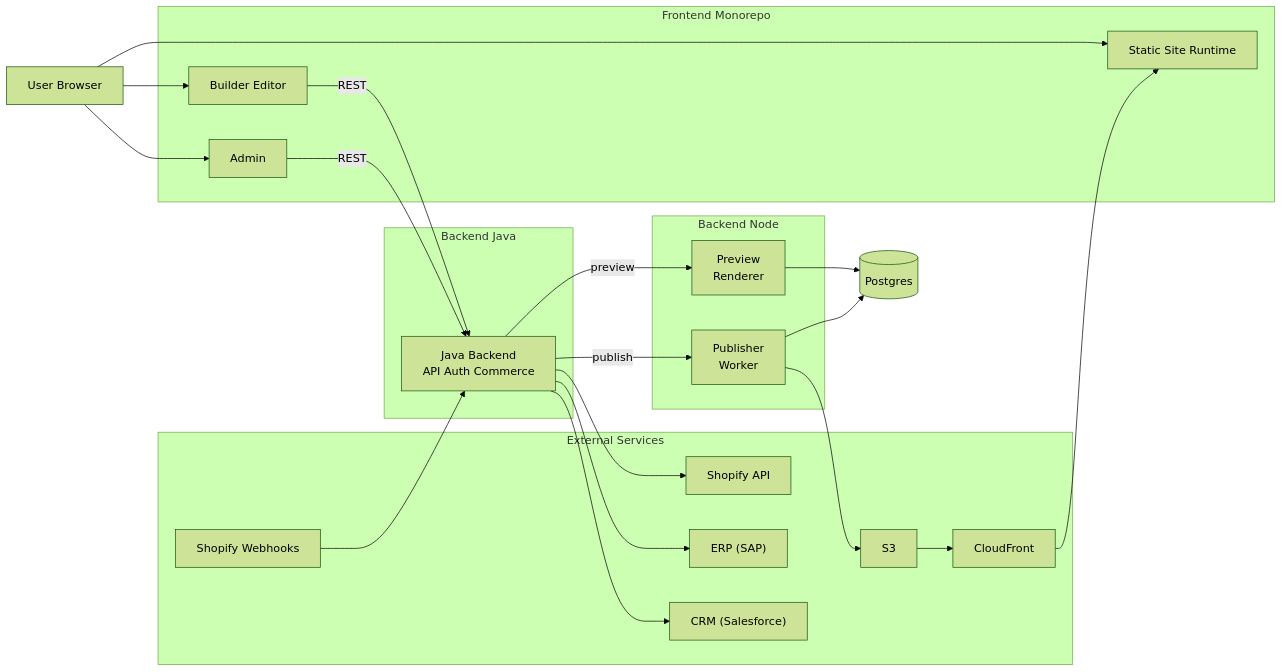
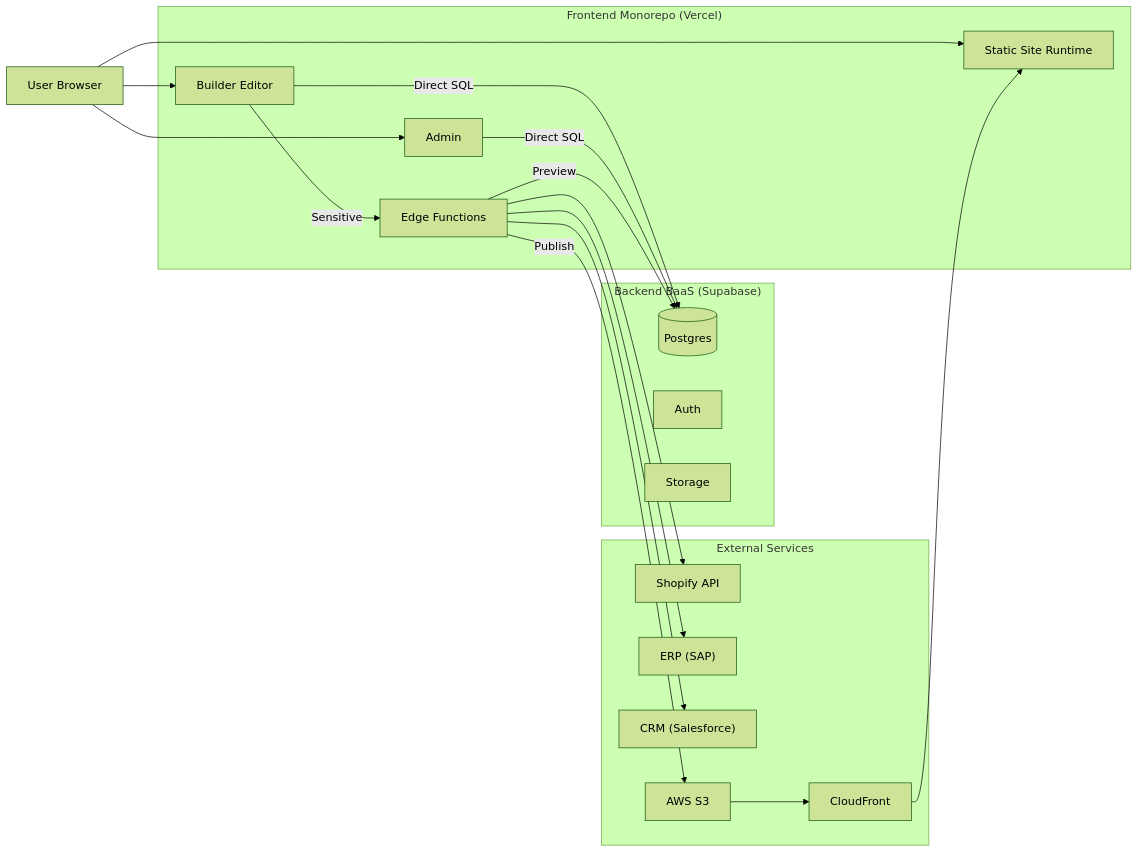
One commit to AIYAZONE/Atlas changed the second of 14 diagrams in .trae/documents/02_Technical_Architecture/09_架构设计图表.md. Above: the diagram before and after it, drawn with Mermaid (forest theme). The commit also changed other lines of this file and 9 other files, not shown here.

````diff
--- a/.trae/documents/02_Technical_Architecture/09_架构设计图表.md
+++ b/.trae/documents/02_Technical_Architecture/09_架构设计图表.md
@@ -94,48 +84,43 @@
 ```mermaid
 graph LR
   User[User Browser]
 
-  subgraph "Frontend Monorepo"
+  subgraph "Frontend Monorepo (Vercel)"
     Builder["Builder Editor"]
     Admin[Admin]
     Runtime[Static Site Runtime]
+    Functions[Edge Functions]
   end
 
-  subgraph "Backend Java"
-    Java["Java Backend\nAPI Auth Commerce"]
-  end
-
-  subgraph "Backend Node"
-    Preview["Preview\nRenderer"]
-    Worker["Publisher\nWorker"]
+  subgraph "Backend BaaS (Supabase)"
+    DB[(Postgres)]
+    Auth[Auth]
+    Storage[Storage]
   end
 
   subgraph "External Services"
     Shopify[Shopify API]
     ERP["ERP (SAP)"]
     CRM["CRM (Salesforce)"]
-    S3[S3]
+    S3[AWS S3]
     CDN[CloudFront]
-    Webhook[Shopify Webhooks]
   end
 
   User --> Runtime
   User --> Builder
   User --> Admin
 
-  Builder -->|REST| Java
-  Admin -->|REST| Java
-  Java --> Shopify
-  Java --> ERP
-  Java --> CRM
-  Webhook --> Java
+  Builder -->|Direct SQL| DB
+  Admin -->|Direct SQL| DB
+  
+  Builder -->|Sensitive| Functions
+  Functions --> Shopify
+  Functions --> ERP
+  Functions --> CRM
 
-  Java -->|preview| Preview
-  Preview --> DB[(Postgres)]
-
-  Java -->|publish| Worker
-  Worker --> DB
-  Worker --> S3
+  Functions -->|Preview| DB
+  Functions -->|Publish| S3
+  
   S3 --> CDN
   CDN --> Runtime
 ```
````
